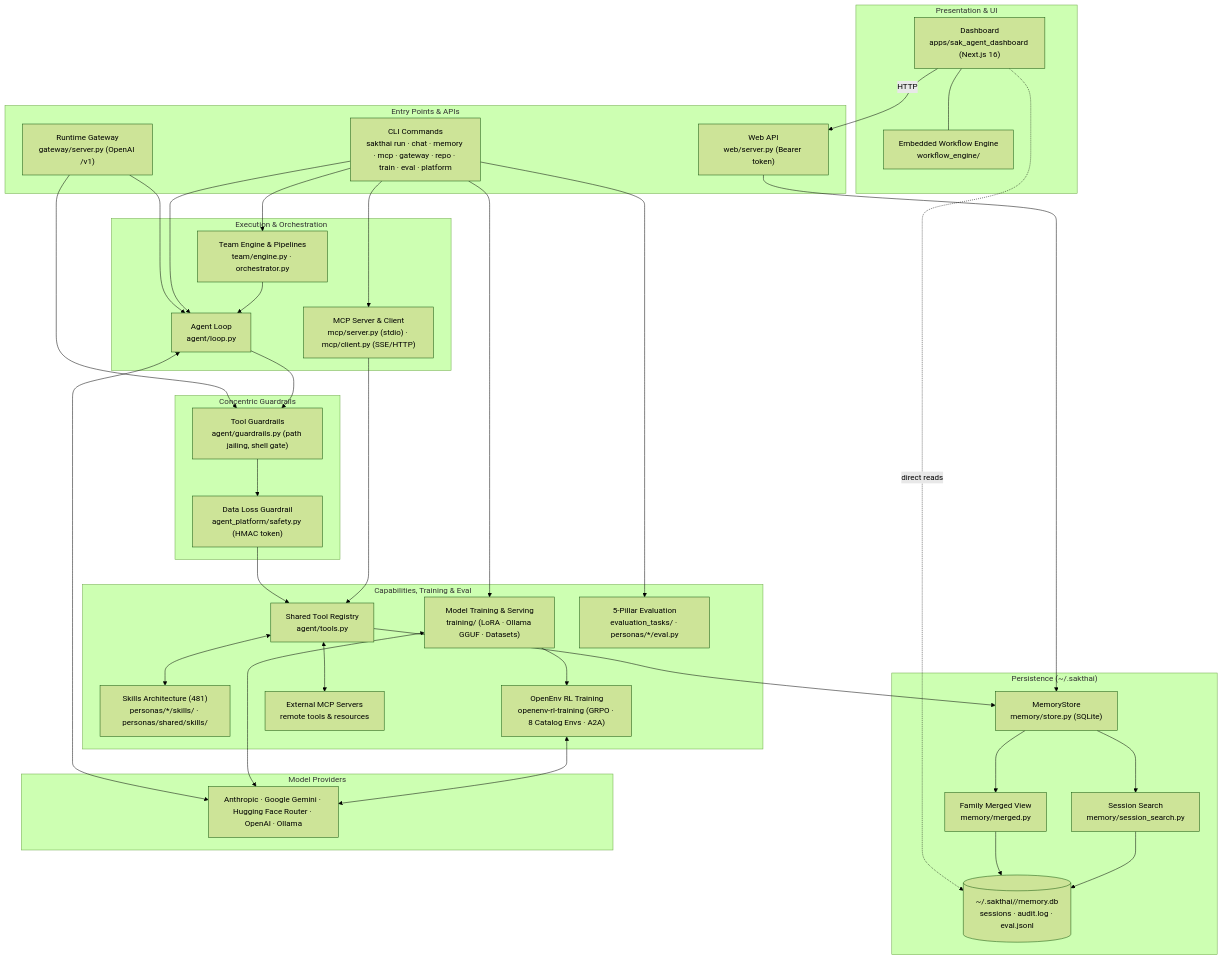
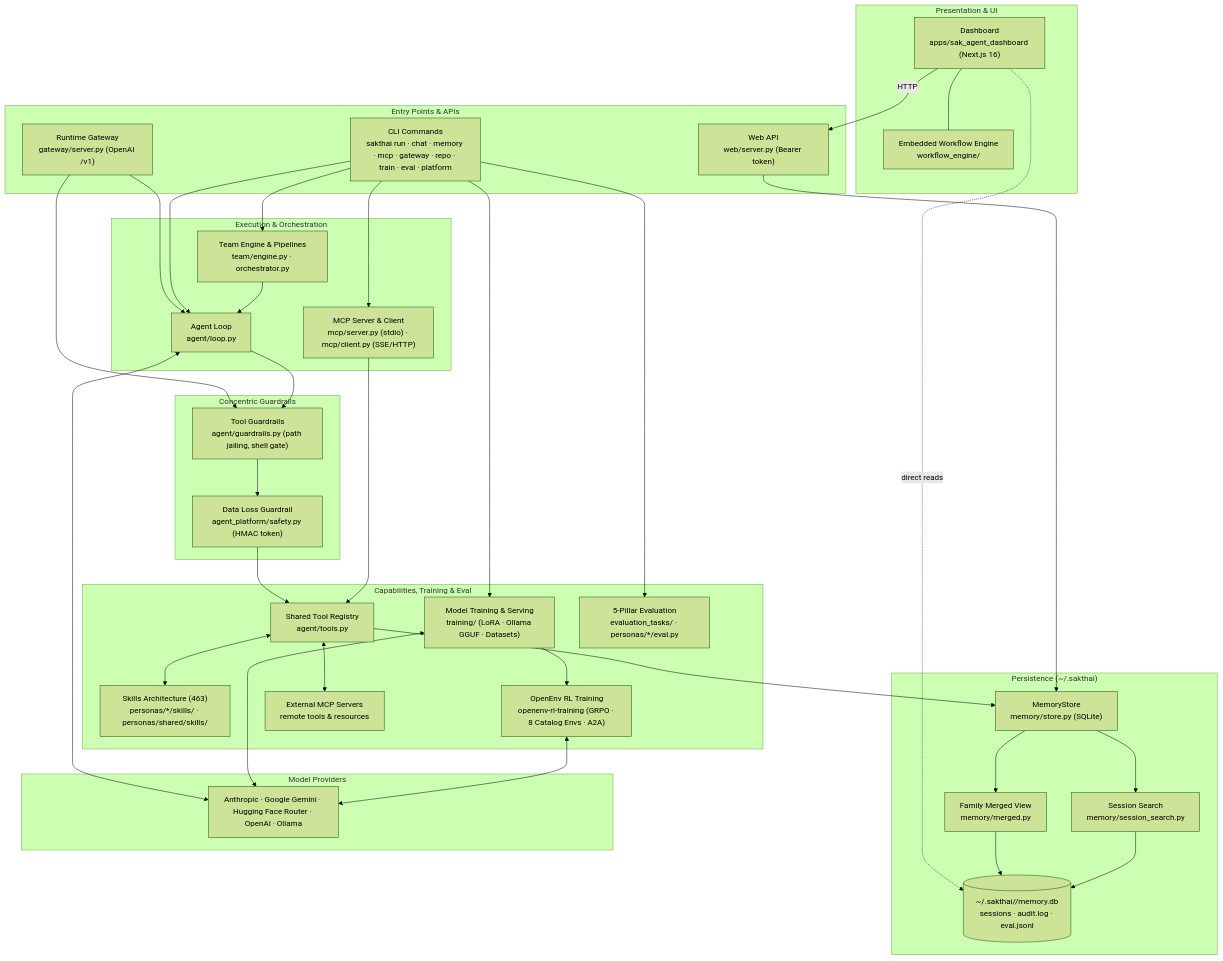
Before and after one commit to beer-sakthai/Sak-Family-Agent: the diagram in README.md, drawn with Mermaid (forest theme). The commit also changed other lines of this file and 2 other files, not shown here.

Commit message:
docs: update root, personas hub, and docs index readmes

````diff
--- a/README.md
+++ b/README.md
@@ -146,68 +147,68 @@
 ```mermaid
 flowchart TD
     subgraph Presentation ["Presentation & UI"]
         DASH["Dashboard<br/>apps/sak_agent_dashboard (Next.js 16)"]
         ENG["Embedded Workflow Engine<br/>workflow_engine/"]
         DASH --- ENG
     end
 
     subgraph Entrypoints ["Entry Points & APIs"]
         GATEWAY["Runtime Gateway<br/>gateway/server.py (OpenAI /v1)"]
         WEB["Web API<br/>web/server.py (Bearer token)"]
         CLI["CLI Commands<br/>sakthai run · chat · memory · mcp · gateway · repo · train · eval · platform"]
     end
 
     subgraph Execution ["Execution & Orchestration"]
         LOOP["Agent Loop<br/>agent/loop.py"]
         TEAM["Team Engine & Pipelines<br/>team/engine.py · orchestrator.py"]
         MCP["MCP Server & Client<br/>mcp/server.py (stdio) · mcp/client.py (SSE/HTTP)"]
     end
 
     subgraph Safety ["Concentric Guardrails"]
         GUARD["Tool Guardrails<br/>agent/guardrails.py (path jailing, shell gate)"]
         SAFE["Data Loss Guardrail<br/>agent_platform/safety.py (HMAC token)"]
     end
 
     subgraph Capabilities ["Capabilities, Training & Eval"]
         TOOLS["Shared Tool Registry<br/>agent/tools.py"]
-        SKILLS["Skills Architecture (481)<br/>personas/*/skills/ · personas/shared/skills/"]
+        SKILLS["Skills Architecture (463)<br/>personas/*/skills/ · personas/shared/skills/"]
         TRAIN["Model Training & Serving<br/>training/ (LoRA · Ollama GGUF · Datasets)"]
         OPENENV["OpenEnv RL Training<br/>openenv-rl-training (GRPO · 8 Catalog Envs · A2A)"]
         EVAL["5-Pillar Evaluation<br/>evaluation_tasks/ · personas/*/eval.py"]
         EXT["External MCP Servers<br/>remote tools & resources"]
     end
 
     subgraph Storage ["Persistence (~/.sakthai)"]
         STORE["MemoryStore<br/>memory/store.py (SQLite)"]
         SEARCH["Session Search<br/>memory/session_search.py"]
         FAMILY["Family Merged View<br/>memory/merged.py"]
         HOME[("~/.sakthai/<persona>/memory.db<br/>sessions · audit.log · eval.jsonl")]
     end
 
     subgraph Providers ["Model Providers"]
         PROV["Anthropic · Google Gemini · Hugging Face Router · OpenAI · Ollama"]
     end
 
     DASH -- HTTP --> WEB
     DASH -. direct reads .-> HOME
     GATEWAY --> LOOP
     GATEWAY --> GUARD
     WEB --> STORE
     CLI --> LOOP
     CLI --> TEAM
     CLI --> MCP
     CLI --> TRAIN
     CLI --> EVAL
     TRAIN --> OPENENV
     LOOP <--> PROV
     LOOP --> GUARD --> SAFE --> TOOLS
     TEAM --> LOOP
     MCP --> TOOLS
     TRAIN <--> PROV
     OPENENV <--> PROV
     TOOLS <--> EXT
     TOOLS <--> SKILLS
     TOOLS --> STORE
     STORE --> FAMILY --> HOME
     STORE --> SEARCH --> HOME
 ```
````
